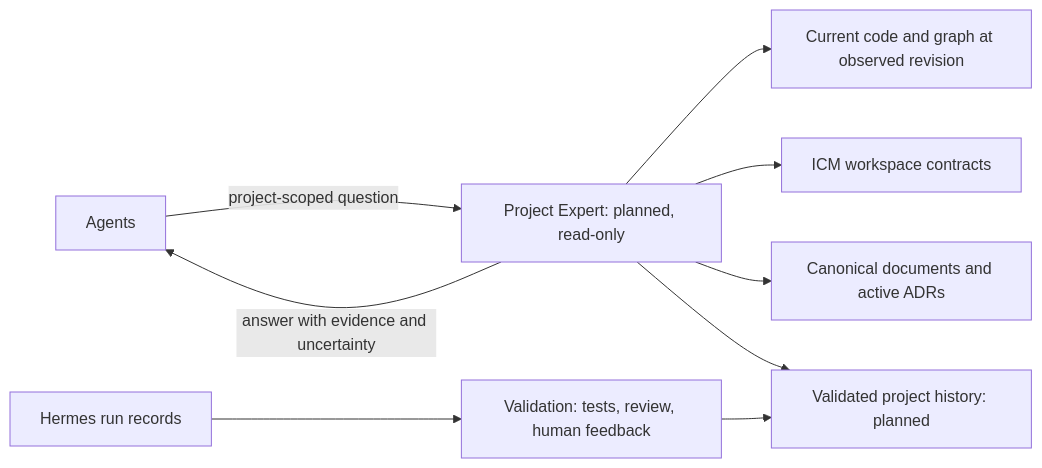
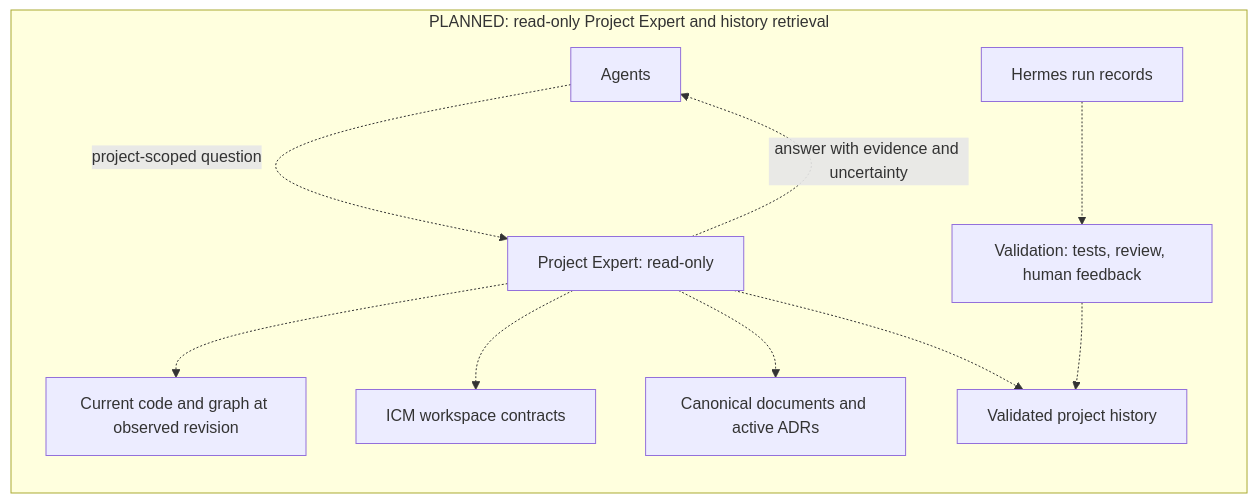
The third of 3 diagrams in docs/ARCHITECTURE.md (dinisroxo99/hermes-nexus), drawn with Mermaid before and after one commit. The commit also changed other lines of this file and 2 other files, not shown here.

Commit message:
docs: clarify project origins and analyzer evidence boundaries

````diff
--- a/docs/ARCHITECTURE.md
+++ b/docs/ARCHITECTURE.md
@@ -116,11 +179,13 @@
 ```mermaid
 flowchart LR
-    A[Agents] -->|"project-scoped question"| E["Project Expert: planned, read-only"]
-    E --> C["Current code and graph at observed revision"]
-    E --> I["ICM workspace contracts"]
-    E --> D["Canonical documents and active ADRs"]
-    E --> V["Validated project history: planned"]
-    E -->|"answer with evidence and uncertainty"| A
-    H["Hermes run records"] --> Q["Validation: tests, review, human feedback"]
-    Q --> V
+    subgraph FUTURE["PLANNED: read-only Project Expert and history retrieval"]
+        A[Agents] -.->|"project-scoped question"| E["Project Expert: read-only"]
+        E -.-> C["Current code and graph at observed revision"]
+        E -.-> I["ICM workspace contracts"]
+        E -.-> D["Canonical documents and active ADRs"]
+        E -.-> V["Validated project history"]
+        E -.->|"answer with evidence and uncertainty"| A
+        H["Hermes run records"] -.-> Q["Validation: tests, review, human feedback"]
+        Q -.-> V
+    end
 ```
````
